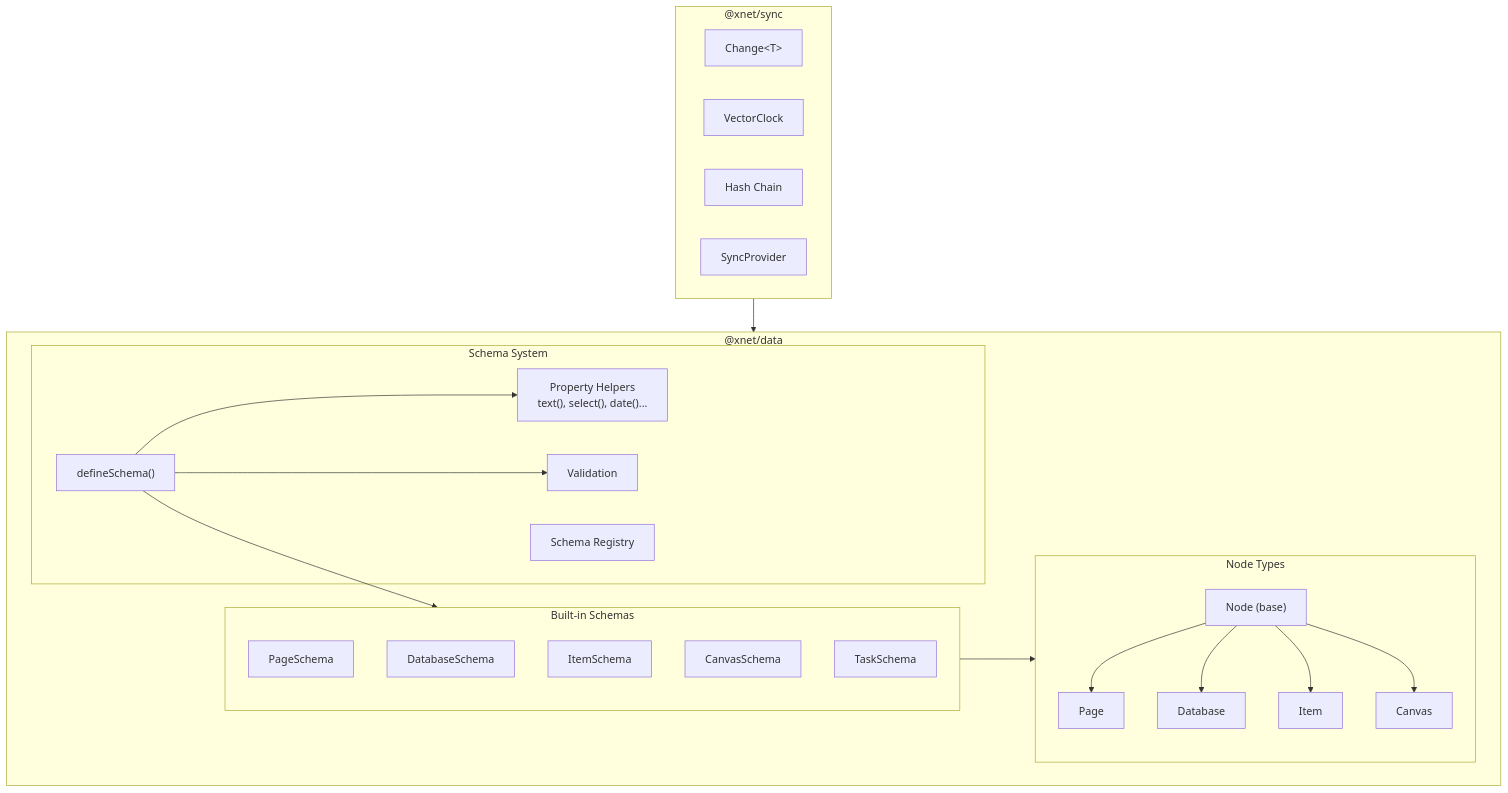
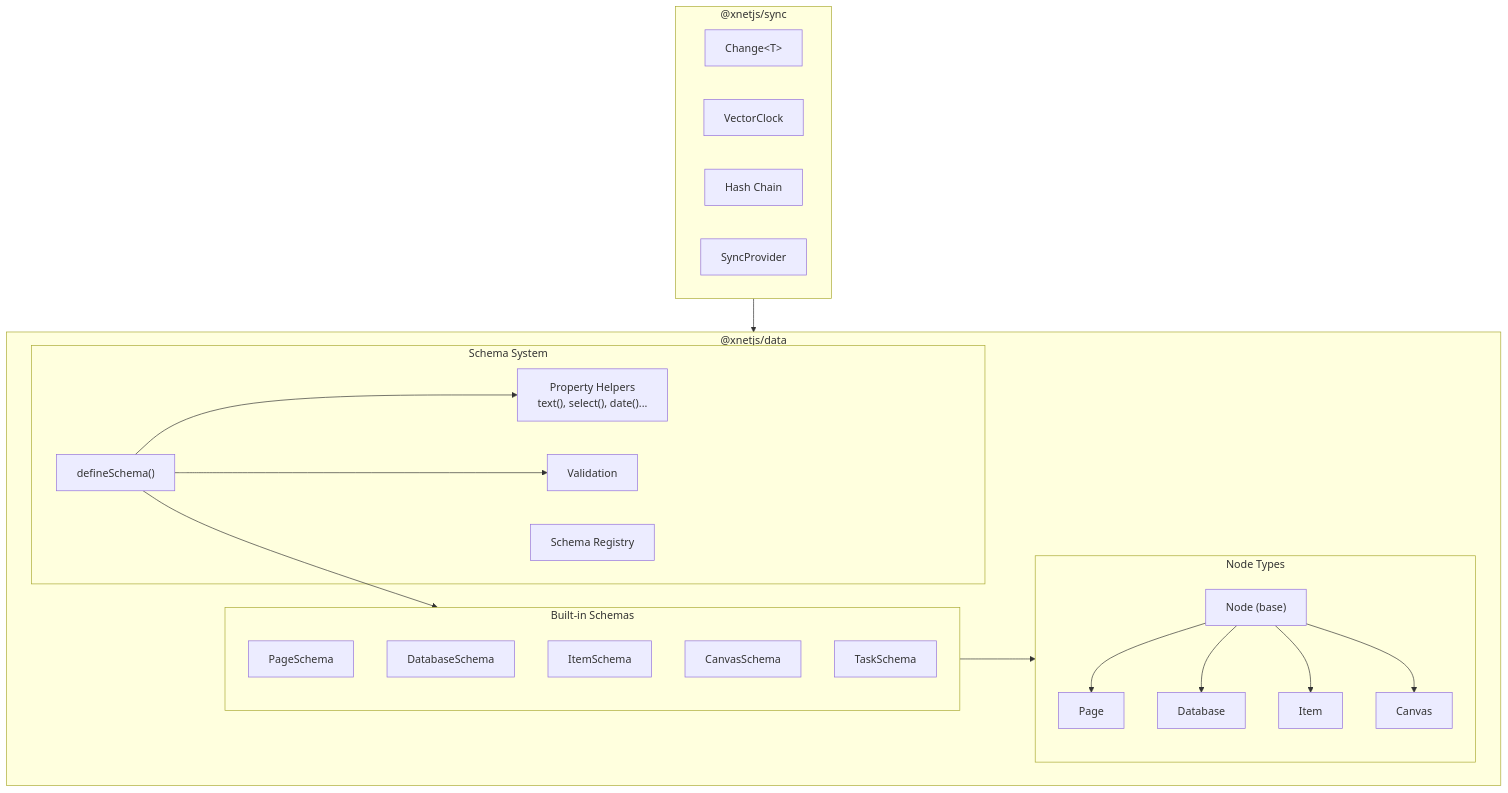
Before and after one commit to crs48/xNet: the diagram in docs/plans/plan02_1DataModelConsolidation/README.md, drawn with Mermaid. The commit also changed other lines of this file and 980 other files, not shown here.

````diff
--- a/docs/plans/plan02_1DataModelConsolidation/README.md
+++ b/docs/plans/plan02_1DataModelConsolidation/README.md
@@ -48,45 +48,45 @@
 ```mermaid
 flowchart TD
-    subgraph data["@xnet/data"]
+    subgraph data["@xnetjs/data"]
         subgraph schema["Schema System"]
             DS["defineSchema()"]
             PH["Property Helpers<br/>text(), select(), date()..."]
             SR["Schema Registry"]
             VAL["Validation"]
         end
 
         subgraph types["Node Types"]
             NODE["Node (base)"]
             PAGE["Page"]
             DB["Database"]
             ITEM["Item"]
             CANVAS["Canvas"]
         end
 
         subgraph builtin["Built-in Schemas"]
             PS["PageSchema"]
             DBS["DatabaseSchema"]
             IS["ItemSchema"]
             CS["CanvasSchema"]
             TS["TaskSchema"]
         end
     end
 
-    subgraph sync["@xnet/sync"]
+    subgraph sync["@xnetjs/sync"]
         CHANGE["Change&lt;T&gt;"]
         CLOCK["VectorClock"]
         CHAIN["Hash Chain"]
         PROV["SyncProvider"]
     end
 
     DS --> PH
     DS --> VAL
     DS --> builtin
     builtin --> types
     NODE --> PAGE
     NODE --> DB
     NODE --> ITEM
     NODE --> CANVAS
 
     sync --> data
 ```
````
